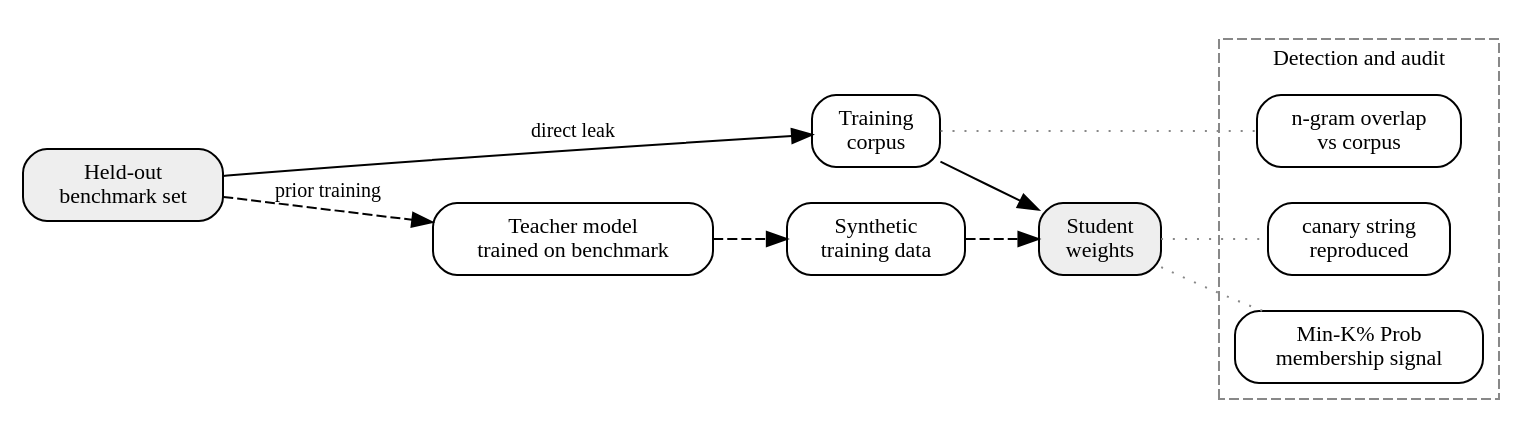
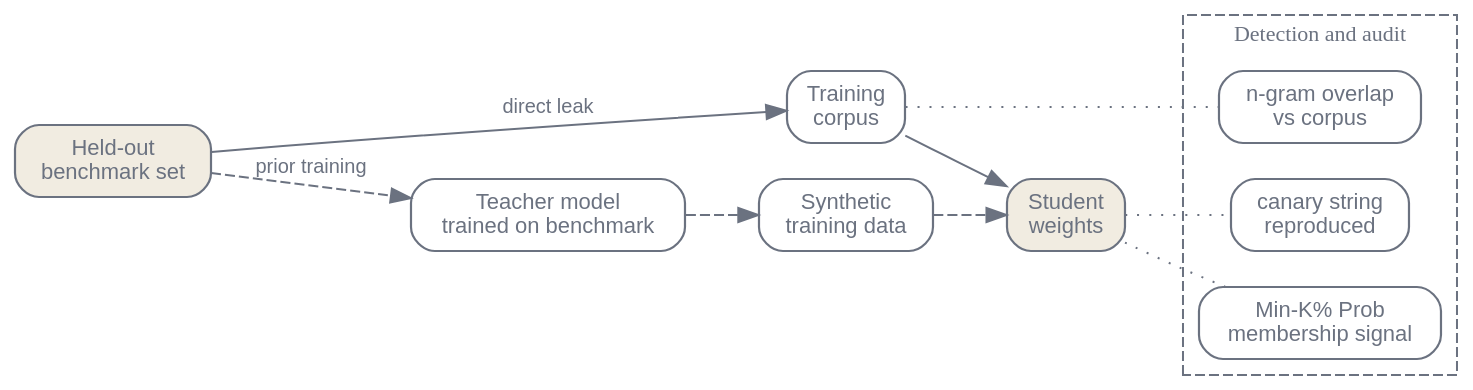
One commit to latere-ai/ai-as-an-infrastructure changed the second of 3 diagrams in en/p6-evaluation/27-benchmarks.qmd. Above: the diagram before and after it, drawn with Graphviz. The commit also changed 186 other files, not shown here.

First line of the commit message:
book: visual audit pass on all diagrams and figures

````diff
--- a/en/p6-evaluation/27-benchmarks.qmd
+++ b/en/p6-evaluation/27-benchmarks.qmd
@@ -131,33 +131,36 @@
 ```{dot}
 //| label: fig-benchmarks-contamination
 //| fig-cap: "How a benchmark contaminates a model and how the contract is audited. The direct path leaks through the training corpus; the indirect path arrives through a teacher model's synthetic data. Detection signals (Shi et al., 2023) audit the trained weights after the fact."
 digraph {
   rankdir=LR;
-  node [shape=box, style=rounded, fontsize=11];
+  bgcolor="transparent";
+  node [shape=box, style=rounded, fontname="Helvetica", fontsize=11, color="#6b7280", fontcolor="#6b7280", penwidth=1.1];
+  edge [fontname="Helvetica", color="#6b7280", fontcolor="#6b7280"];
 
-  Bench ["label"="Held-out\nbenchmark set", style="rounded,filled", fillcolor="#eeeeee"];
+  Bench ["label"="Held-out\nbenchmark set", style="rounded,filled", fillcolor="#f1ece1"];
   Corpus ["label"="Training\ncorpus"];
   Teacher ["label"="Teacher model\ntrained on benchmark"];
   Synth ["label"="Synthetic\ntraining data"];
-  Weights ["label"="Student\nweights", style="rounded,filled", fillcolor="#eeeeee"];
+  Weights ["label"="Student\nweights", style="rounded,filled", fillcolor="#f1ece1"];
 
   Bench -> Corpus ["label"="direct leak", fontsize=10];
   Corpus -> Weights;
   Bench -> Teacher ["style"="dashed", "label"="prior training", fontsize=10];
   Teacher -> Synth -> Weights ["style"="dashed"];
 
   subgraph cluster_audit {
     label="Detection and audit";
     style=dashed;
-    color="#888888";
+    color="#6b7280";
+    fontcolor="#6b7280";
     fontsize=11;
     Ngram ["label"="n-gram overlap\nvs corpus"];
     Canary ["label"="canary string\nreproduced"];
     MinK ["label"="Min-K% Prob\nmembership signal"];
   }
 
-  Corpus -> Ngram ["style"="dotted", color="#888888", arrowhead=none];
-  Weights -> Canary ["style"="dotted", color="#888888", arrowhead=none];
-  Weights -> MinK ["style"="dotted", color="#888888", arrowhead=none];
+  Corpus -> Ngram ["style"="dotted", arrowhead=none];
+  Weights -> Canary ["style"="dotted", arrowhead=none];
+  Weights -> MinK ["style"="dotted", arrowhead=none];
 }
 ```
````
